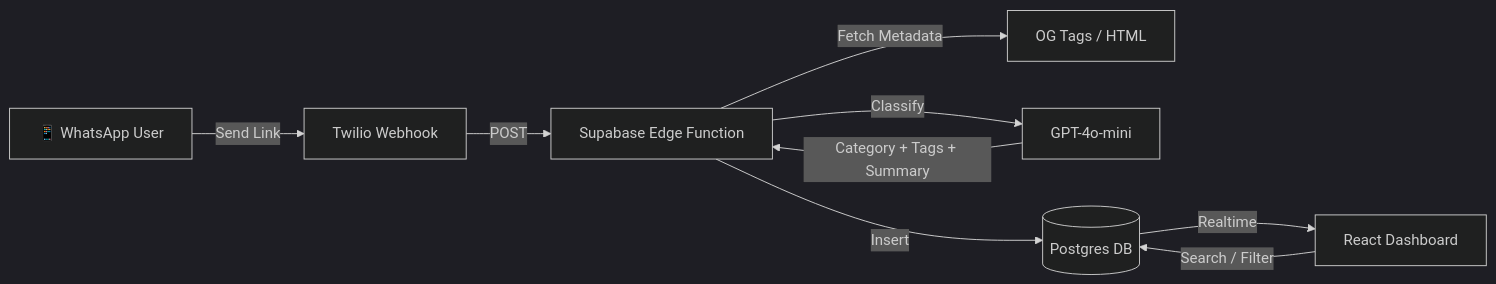
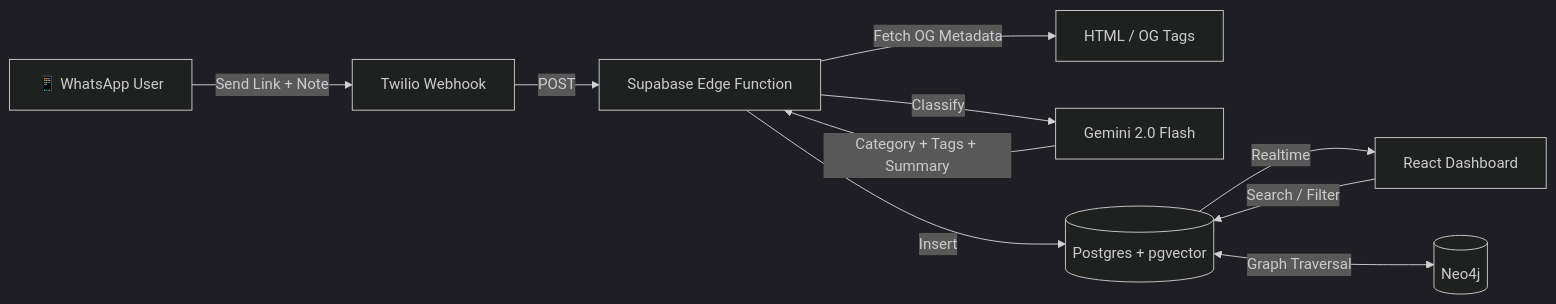
The first of 2 diagrams in social-saver/README.md (Aji-25/hack180dc), drawn with Mermaid (dark theme) before and after one commit. The commit also changed other lines of this file, not shown here.

````diff
--- a/social-saver/README.md
+++ b/social-saver/README.md
@@ -46,11 +45,12 @@
 ```mermaid
 flowchart LR
-    A[📱 WhatsApp User] -->|Send Link| B[Twilio Webhook]
+    A[📱 WhatsApp User] -->|Send Link + Note| B[Twilio Webhook]
     B -->|POST| C[Supabase Edge Function]
-    C -->|Fetch Metadata| D[OG Tags / HTML]
-    C -->|Classify| E[GPT-4o-mini]
+    C -->|Fetch OG Metadata| D[HTML / OG Tags]
+    C -->|Classify| E[Gemini 2.0 Flash]
     E -->|Category + Tags + Summary| C
-    C -->|Insert| F[(Postgres DB)]
+    C -->|Insert| F[(Postgres + pgvector)]
     F -->|Realtime| G[React Dashboard]
     G -->|Search / Filter| F
+    F <-->|Graph Traversal| H[(Neo4j)]
 ```
````
